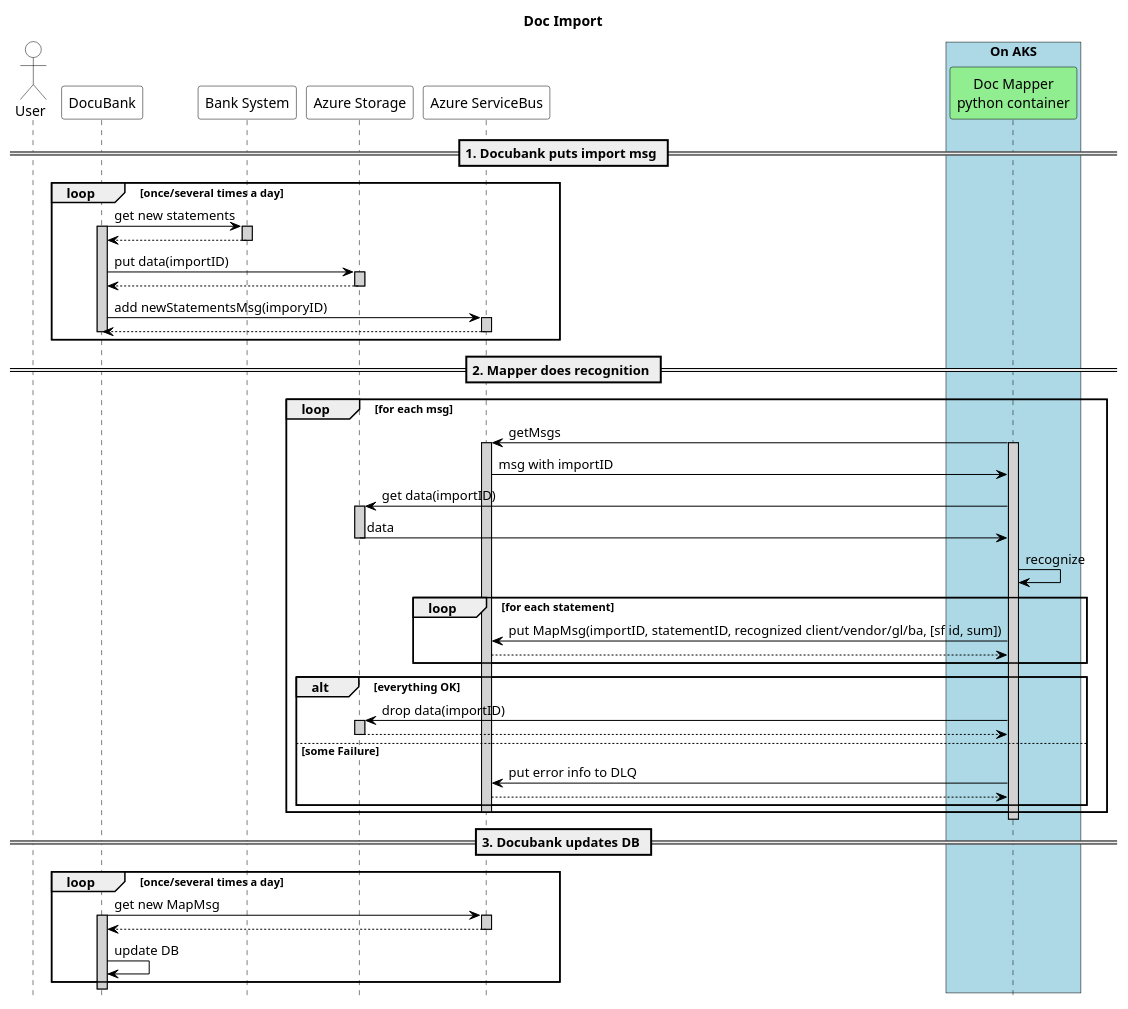
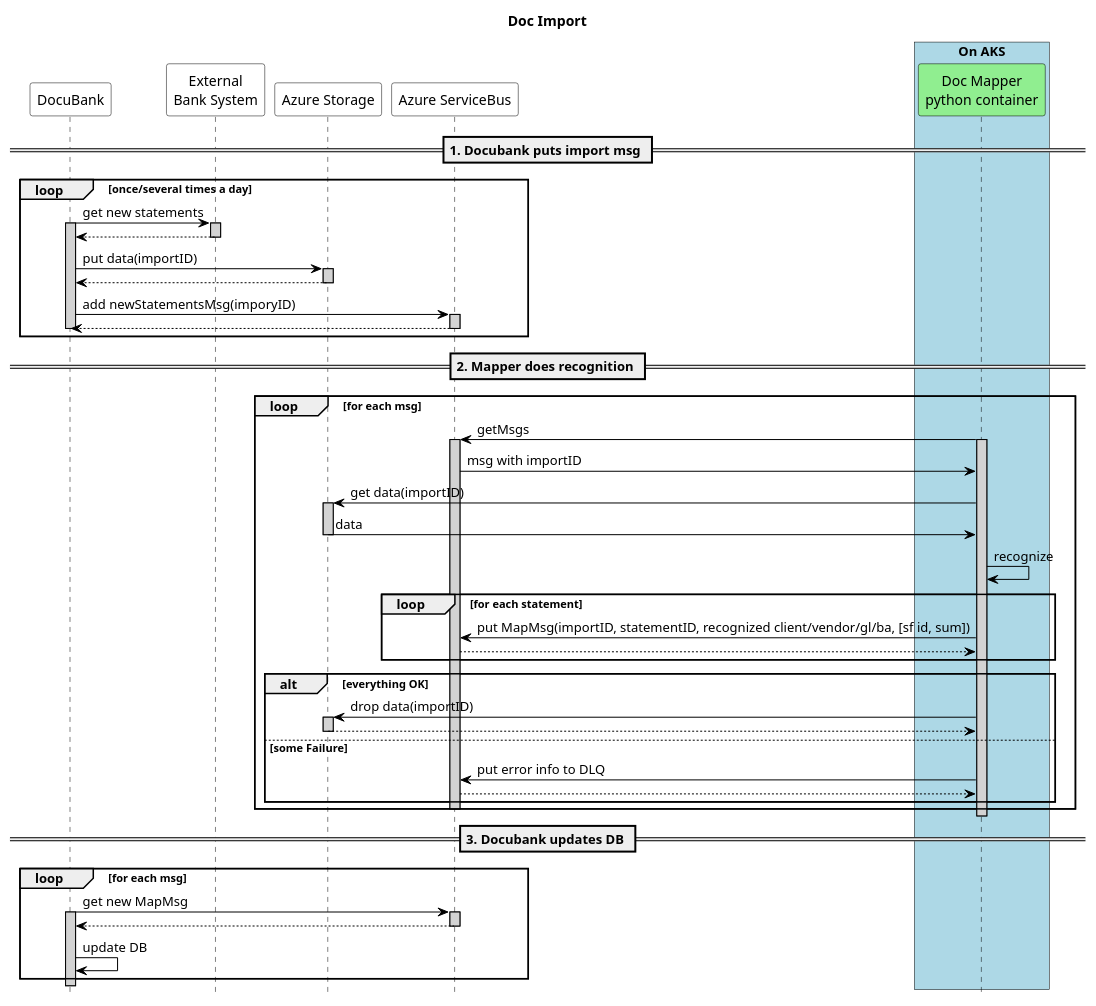
Before and after one commit to airenas/re-bankmap: the diagram in design/proto-v1.puml, drawn with PlantUML. The commit also changed 1 other file, not shown here.

```diff
--- a/design/proto-v1.puml
+++ b/design/proto-v1.puml
@@ -1,101 +1,100 @@
 @startuml Doc import
 skinparam sequence {
 ParticipantBorderColor Black
 ActorBorderColor Black
 
 ParticipantBackgroundColor White
 ActorBackgroundColor White
 
 ArrowColor black
 LifeLineBorderColor black
 LifeLineBackgroundColor lightgray
 
 BoxBorderColor black
 }
 skinparam databaseBackgroundColor White
 skinparam dataBaseBorderColor Blue
 
 hide footbox
 title Doc Import
 
 ' skinparam handwritten true
 
-actor User
 participant "DocuBank" as docu
-participant "Bank System" as bank
+participant "External\nBank System" as bank
 participant "Azure Storage" as storage
 participant "Azure ServiceBus" as bus
 
 box "On AKS" #LightBlue
 participant "Doc Mapper\npython container" as mapper #LightGreen
 end box
 
 == 1. Docubank puts import msg ==
 
 loop once/several times a day
 docu -> bank: get new statements
 activate docu
 activate bank
 bank --> docu: 
 deactivate bank
 
 docu -> storage: put data(importID)
 activate storage
 storage --> docu
 deactivate storage
 
 docu -> bus: add newStatementsMsg(imporyID)
 activate bus
 bus --> docu
 deactivate bus
 deactivate docu
 end 
 
 == 2. Mapper does recognition ==
 
 loop for each msg
 
 mapper -> bus: getMsgs
 activate mapper
 activate bus
 bus -> mapper: msg with importID
 
 mapper -> storage: get data(importID)
 activate storage
 storage -> mapper: data
 deactivate storage
 
 mapper -> mapper: recognize
 
 
 loop for each statement
     mapper -> bus: put MapMsg(importID, statementID, recognized client/vendor/gl/ba, [sf id, sum])
     bus --> mapper
 end
 
 alt everything OK
     mapper -> storage: drop data(importID)
     activate storage
     storage --> mapper
     deactivate storage
 else some Failure
     mapper -> bus: put error info to DLQ
     bus --> mapper
 end
 deactivate bus
 end
 deactivate mapper
 
 == 3. Docubank updates DB ==
 
-loop once/several times a day
+loop for each msg
     docu -> bus: get new MapMsg
     activate docu
     activate bus
     bus --> docu: 
     deactivate bus
     docu -> docu: update DB
 end
 deactivate docu
 
 @enduml
```
